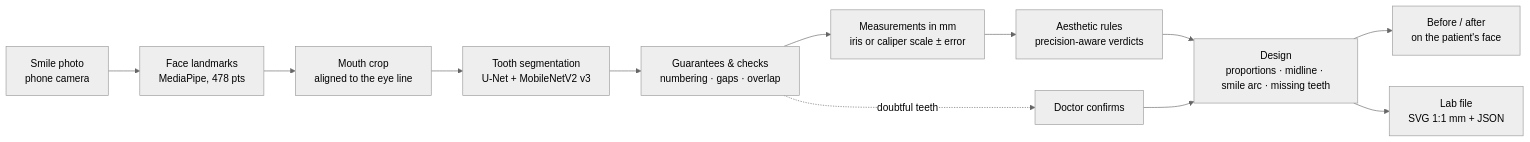
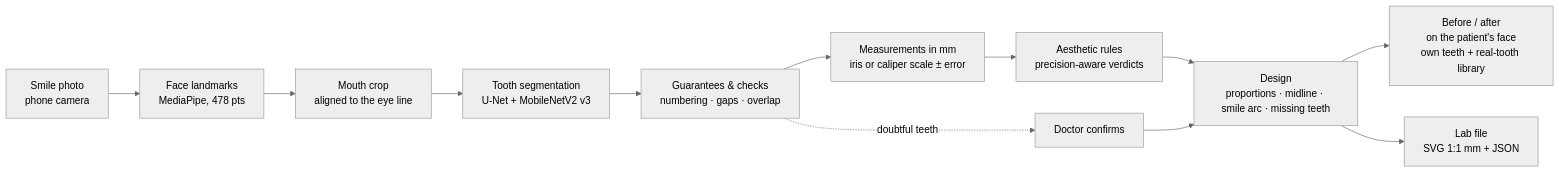
One commit to alnsyryfwzy55-source/digital-smile-design-ai changed the diagram in README.md. Above: the diagram before and after it, drawn with Mermaid (neutral theme). The commit also changed other lines of this file and 1 other file, not shown here.

Commit message:
README: Android app, design scope, real-tooth library, safety checks, generative AI results

````diff
--- a/README.md
+++ b/README.md
@@ -14,14 +16,14 @@
 ```mermaid
 flowchart LR
   A[Smile photo<br/>phone camera] --> B[Face landmarks<br/>MediaPipe, 478 pts]
   B --> C[Mouth crop<br/>aligned to the eye line]
   C --> D[Tooth segmentation<br/>U-Net + MobileNetV2 v3]
   D --> E[Guarantees & checks<br/>numbering · gaps · overlap]
   E --> F[Measurements in mm<br/>iris or caliper scale ± error]
   F --> G[Aesthetic rules<br/>precision-aware verdicts]
   G --> H[Design<br/>proportions · midline · smile arc · missing teeth]
-  H --> I[Before / after<br/>on the patient's face]
+  H --> I[Before / after<br/>on the patient's face<br/>own teeth + real-tooth library]
   H --> J[Lab file<br/>SVG 1:1 mm + JSON]
   E -. doubtful teeth .-> K[Doctor confirms]
   K --> H
 ```
````
